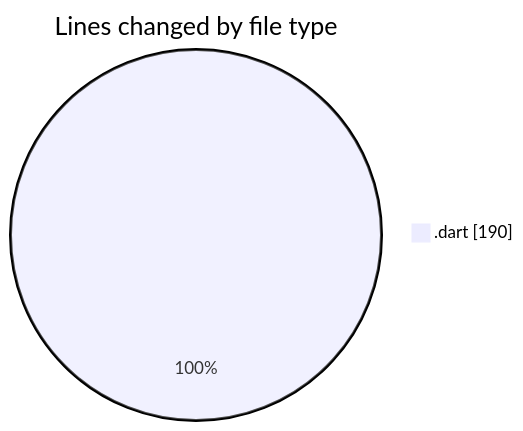
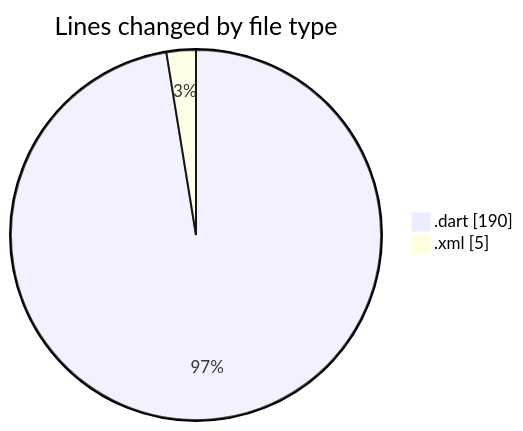
The first of 2 diagrams in 2025-01-12/maps_clone/README.md (donsfak/code-tracking), drawn with Mermaid before and after one commit. The commit also changed other lines of this file and 1 other file, not shown here.

````diff
--- a/2025-01-12/maps_clone/README.md
+++ b/2025-01-12/maps_clone/README.md
@@ -20,5 +21,6 @@
 ```mermaid
 pie showData
 title Lines changed by file type
 ".dart" : 190
+".xml" : 5
 ```
````
